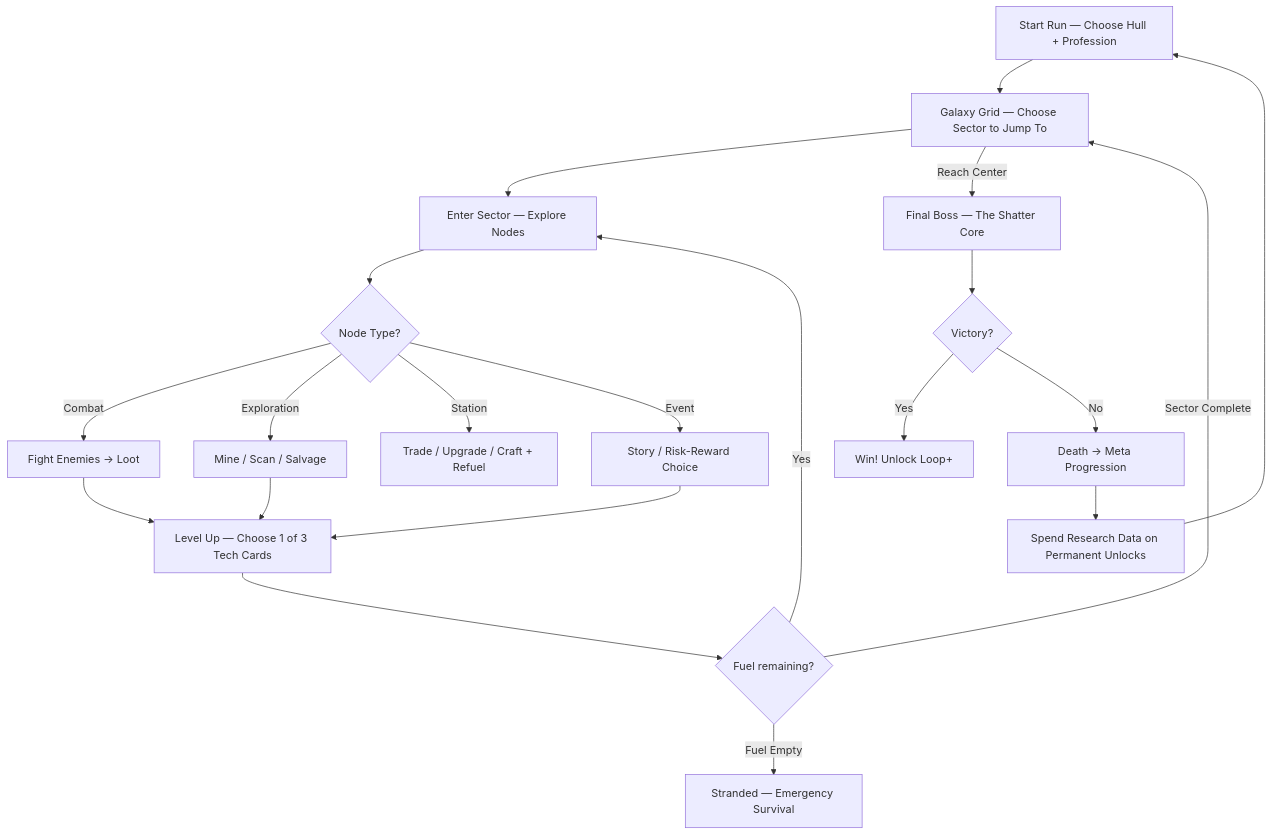
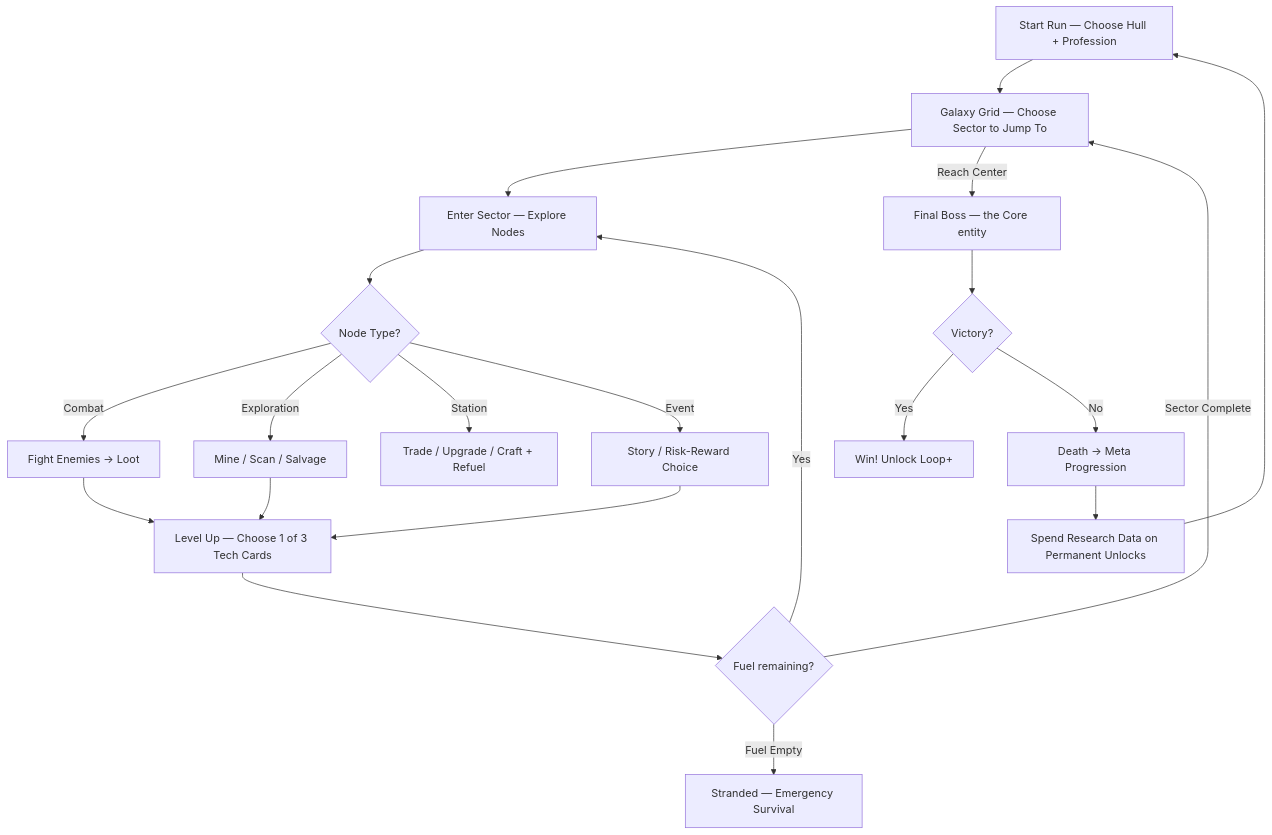
Before and after one commit to Panguino/Shattered_Rogue: the diagram in design/02_core_mechanics.md, drawn with Mermaid. The commit also changed other lines of this file and 33 other files, not shown here.

````diff
--- a/design/02_core_mechanics.md
+++ b/design/02_core_mechanics.md
@@ -9,23 +11,23 @@
 ```mermaid
 graph TD
     A[Start Run — Choose Hull + Profession] --> B[Galaxy Grid — Choose Sector to Jump To]
     B --> C[Enter Sector — Explore Nodes]
     C --> D{Node Type?}
     D -->|Combat| E[Fight Enemies → Loot]
     D -->|Exploration| F[Mine / Scan / Salvage]
     D -->|Station| G[Trade / Upgrade / Craft + Refuel]
     D -->|Event| H[Story / Risk-Reward Choice]
     E --> I[Level Up — Choose 1 of 3 Tech Cards]
     F --> I
     H --> I
     I --> J{Fuel remaining?}
     J -->|Yes| C
     J -->|Sector Complete| B
     J -->|Fuel Empty| K[Stranded — Emergency Survival]
-    B -->|Reach Center| L[Final Boss — The Shatter Core]
+    B -->|Reach Center| L[Final Boss — the Core entity]
     L --> M{Victory?}
     M -->|Yes| N[Win! Unlock Loop+]
     M -->|No| O[Death → Meta Progression]
     O --> P[Spend Research Data on Permanent Unlocks]
     P --> A
 ```
````
